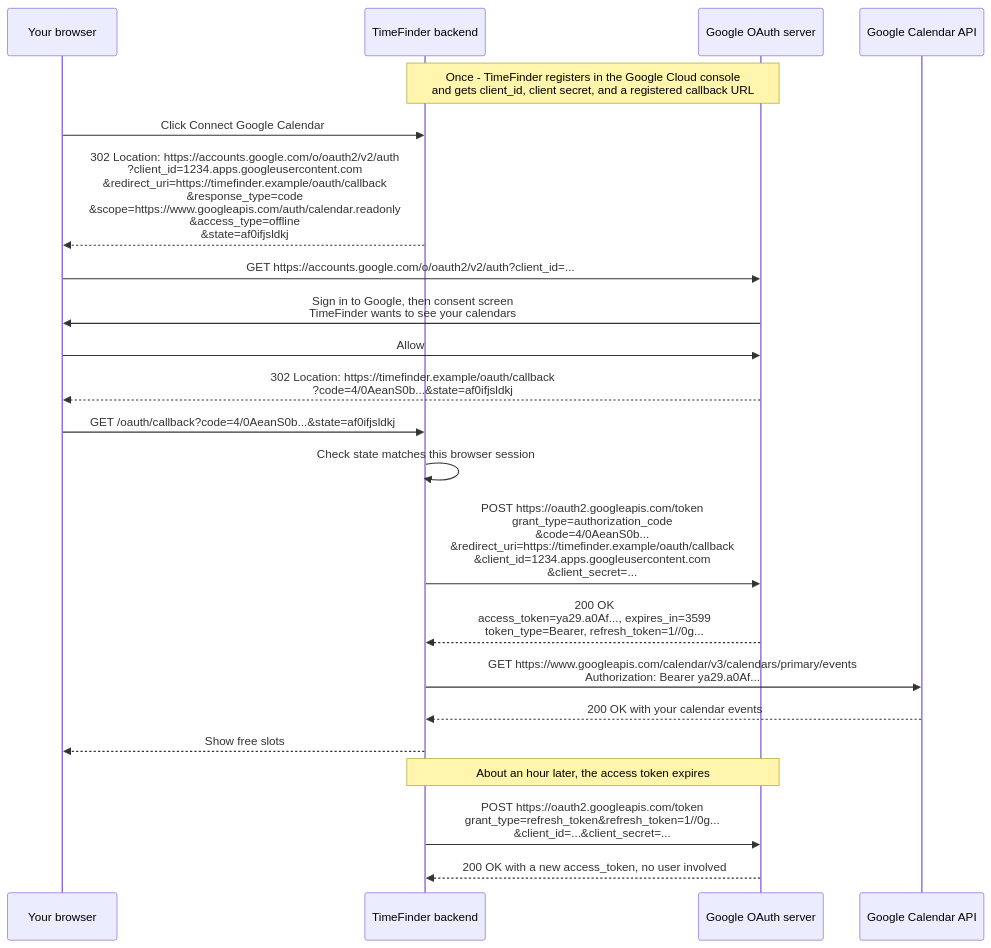
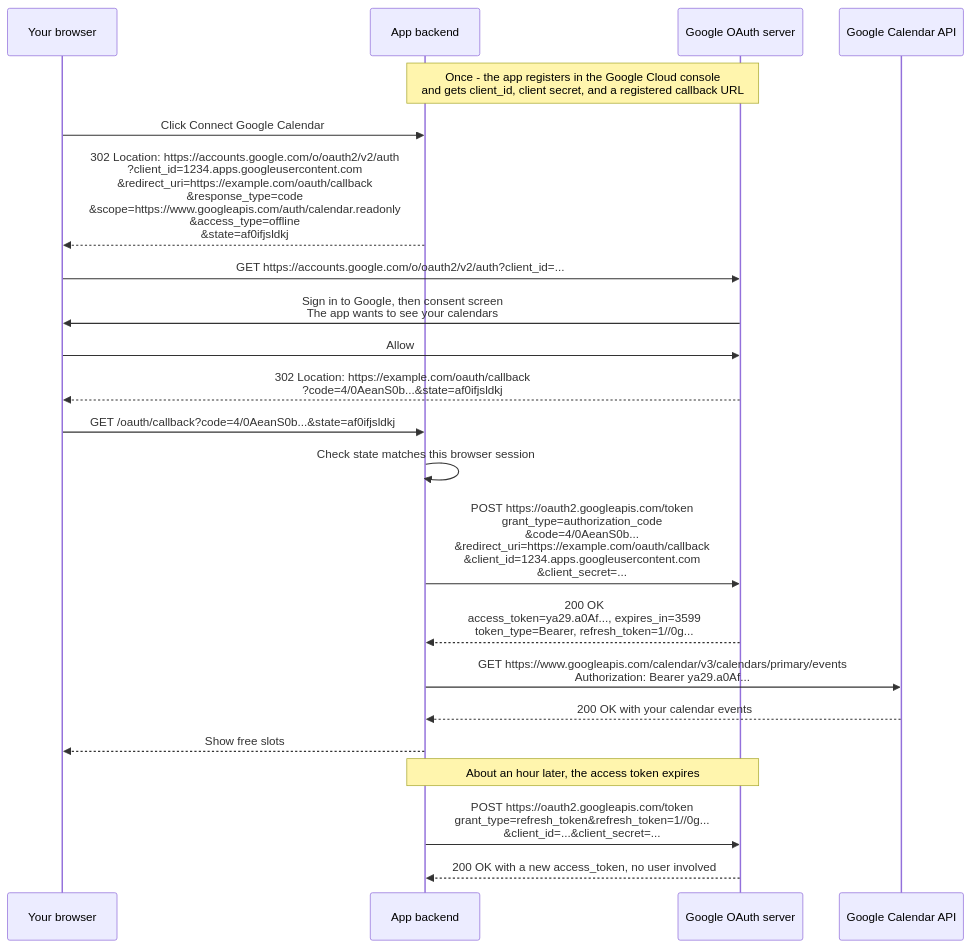
Before and after one commit to fsw0422/sd-handbook: the first of 4 diagrams in cheatsheets/oauth.md, drawn with Mermaid. The commit also changed other lines of this file and 2 other files, not shown here.

First line of the commit message:
docs: use generic example names in the auth cheat sheets

````diff
--- a/cheatsheets/oauth.md
+++ b/cheatsheets/oauth.md
@@ -17,25 +17,25 @@
 ```mermaid
 sequenceDiagram
     participant U as Your browser
-    participant T as TimeFinder backend
+    participant T as App backend
     participant G as Google OAuth server
     participant API as Google Calendar API
 
-    Note over T,G: Once - TimeFinder registers in the Google Cloud console<br/>and gets client_id, client secret, and a registered callback URL
+    Note over T,G: Once - the app registers in the Google Cloud console<br/>and gets client_id, client secret, and a registered callback URL
     U->>T: Click Connect Google Calendar
-    T-->>U: 302 Location: https://accounts.google.com/o/oauth2/v2/auth<br/>?client_id=1234.apps.googleusercontent.com<br/>&redirect_uri=https://timefinder.example/oauth/callback<br/>&response_type=code<br/>&scope=https://www.googleapis.com/auth/calendar.readonly<br/>&access_type=offline<br/>&state=af0ifjsldkj
+    T-->>U: 302 Location: https://accounts.google.com/o/oauth2/v2/auth<br/>?client_id=1234.apps.googleusercontent.com<br/>&redirect_uri=https://example.com/oauth/callback<br/>&response_type=code<br/>&scope=https://www.googleapis.com/auth/calendar.readonly<br/>&access_type=offline<br/>&state=af0ifjsldkj
     U->>G: GET https://accounts.google.com/o/oauth2/v2/auth?client_id=...
-    G->>U: Sign in to Google, then consent screen<br/>TimeFinder wants to see your calendars
+    G->>U: Sign in to Google, then consent screen<br/>The app wants to see your calendars
     U->>G: Allow
-    G-->>U: 302 Location: https://timefinder.example/oauth/callback<br/>?code=4/0AeanS0b...&state=af0ifjsldkj
+    G-->>U: 302 Location: https://example.com/oauth/callback<br/>?code=4/0AeanS0b...&state=af0ifjsldkj
     U->>T: GET /oauth/callback?code=4/0AeanS0b...&state=af0ifjsldkj
     T->>T: Check state matches this browser session
-    T->>G: POST https://oauth2.googleapis.com/token<br/>grant_type=authorization_code<br/>&code=4/0AeanS0b...<br/>&redirect_uri=https://timefinder.example/oauth/callback<br/>&client_id=1234.apps.googleusercontent.com<br/>&client_secret=...
+    T->>G: POST https://oauth2.googleapis.com/token<br/>grant_type=authorization_code<br/>&code=4/0AeanS0b...<br/>&redirect_uri=https://example.com/oauth/callback<br/>&client_id=1234.apps.googleusercontent.com<br/>&client_secret=...
     G-->>T: 200 OK<br/>access_token=ya29.a0Af..., expires_in=3599<br/>token_type=Bearer, refresh_token=1//0g...
     T->>API: GET https://www.googleapis.com/calendar/v3/calendars/primary/events<br/>Authorization: Bearer ya29.a0Af...
     API-->>T: 200 OK with your calendar events
     T-->>U: Show free slots
     Note over T,G: About an hour later, the access token expires
     T->>G: POST https://oauth2.googleapis.com/token<br/>grant_type=refresh_token&refresh_token=1//0g...<br/>&client_id=...&client_secret=...
     G-->>T: 200 OK with a new access_token, no user involved
 ```
````
